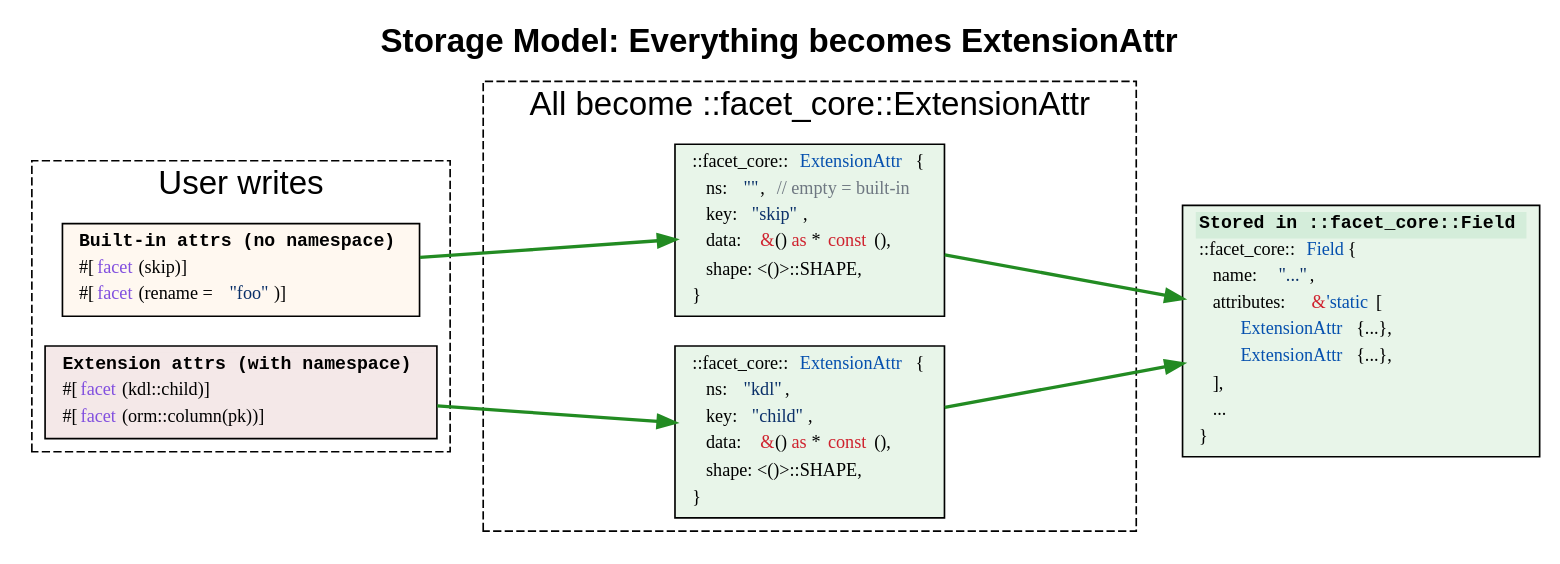
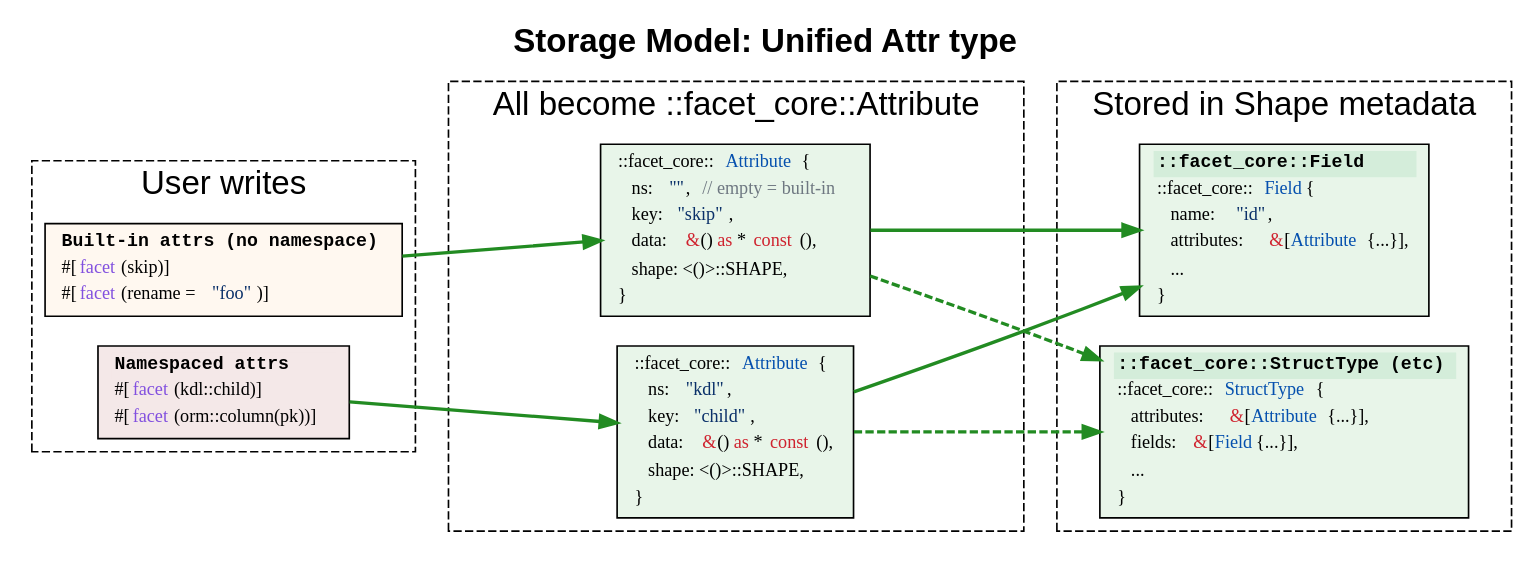
The diagram in drafts/diagrams/04-storage-model.dot (facet-rs/facet), drawn with Graphviz before and after one commit. The commit also changed 10 other files, not shown here.

```diff
--- a/drafts/diagrams/04-storage-model.dot
+++ b/drafts/diagrams/04-storage-model.dot
@@ -1,87 +1,103 @@
-// Storage Model: Everything becomes ExtensionAttr
+// Storage Model: Unified Attr type
 // Render: dot -Tsvg 04-storage-model.dot -o 04-storage-model.svg
 
 digraph storage_model {
-    label="Storage Model: Everything becomes ExtensionAttr";
+    label="Storage Model: Unified Attr type";
     labelloc="t";
     fontsize=20;
     fontname="Helvetica-Bold";
 
     node [shape=box, fontname="Monaco, Consolas, Courier", fontsize=11];
     edge [fontname="Helvetica", fontsize=10];
 
     rankdir=LR;
 
     // Input attributes
     subgraph cluster_input {
         label="User writes";
         fontname="Helvetica";
         style=dashed;
 
         builtin [label=<
 <table border="0" cellspacing="0" cellpadding="2">
 <tr><td align="left" bgcolor="#fff8f0"><b>Built-in attrs (no namespace)</b></td></tr>
 <tr><td align="left"><font face="Monaco">#[<font color="#8250df">facet</font>(skip)]</font></td></tr>
 <tr><td align="left"><font face="Monaco">#[<font color="#8250df">facet</font>(rename = <font color="#0a3069">"foo"</font>)]</font></td></tr>
 </table>
         >, style=filled, fillcolor="#fff8f0"];
 
         extension [label=<
 <table border="0" cellspacing="0" cellpadding="2">
-<tr><td align="left" bgcolor="#f4e8e8"><b>Extension attrs (with namespace)</b></td></tr>
+<tr><td align="left" bgcolor="#f4e8e8"><b>Namespaced attrs</b></td></tr>
 <tr><td align="left"><font face="Monaco">#[<font color="#8250df">facet</font>(kdl::child)]</font></td></tr>
 <tr><td align="left"><font face="Monaco">#[<font color="#8250df">facet</font>(orm::column(pk))]</font></td></tr>
 </table>
         >, style=filled, fillcolor="#f4e8e8"];
     }
 
     // Output
     subgraph cluster_output {
-        label="All become ::facet_core::ExtensionAttr";
+        label="All become ::facet_core::Attribute";
         fontname="Helvetica";
         style=dashed;
 
         ext1 [label=<
 <table border="0" cellspacing="0" cellpadding="2">
-<tr><td align="left"><font face="Monaco">::facet_core::<font color="#0550ae">ExtensionAttr</font> {</font></td></tr>
+<tr><td align="left"><font face="Monaco">::facet_core::<font color="#0550ae">Attribute</font> {</font></td></tr>
 <tr><td align="left"><font face="Monaco">    ns: <font color="#0a3069">""</font>,  <font color="#6e7781">// empty = built-in</font></font></td></tr>
 <tr><td align="left"><font face="Monaco">    key: <font color="#0a3069">"skip"</font>,</font></td></tr>
 <tr><td align="left"><font face="Monaco">    data: <font color="#cf222e">&amp;</font>() <font color="#cf222e">as</font> *<font color="#cf222e">const</font> (),</font></td></tr>
 <tr><td align="left"><font face="Monaco">    shape: &lt;()&gt;::SHAPE,</font></td></tr>
 <tr><td align="left"><font face="Monaco">}</font></td></tr>
 </table>
         >, style=filled, fillcolor="#e8f5e9"];
 
         ext2 [label=<
 <table border="0" cellspacing="0" cellpadding="2">
-<tr><td align="left"><font face="Monaco">::facet_core::<font color="#0550ae">ExtensionAttr</font> {</font></td></tr>
+<tr><td align="left"><font face="Monaco">::facet_core::<font color="#0550ae">Attribute</font> {</font></td></tr>
 <tr><td align="left"><font face="Monaco">    ns: <font color="#0a3069">"kdl"</font>,</font></td></tr>
 <tr><td align="left"><font face="Monaco">    key: <font color="#0a3069">"child"</font>,</font></td></tr>
 <tr><td align="left"><font face="Monaco">    data: <font color="#cf222e">&amp;</font>() <font color="#cf222e">as</font> *<font color="#cf222e">const</font> (),</font></td></tr>
 <tr><td align="left"><font face="Monaco">    shape: &lt;()&gt;::SHAPE,</font></td></tr>
 <tr><td align="left"><font face="Monaco">}</font></td></tr>
 </table>
         >, style=filled, fillcolor="#e8f5e9"];
     }
 
-    // Final storage
-    field [label=<
+    // Final storage - show both Field and container
+    subgraph cluster_storage {
+        label="Stored in Shape metadata";
+        fontname="Helvetica";
+        style=dashed;
+
+        field [label=<
 <table border="0" cellspacing="0" cellpadding="2">
-<tr><td align="left" bgcolor="#d4edda"><b>Stored in ::facet_core::Field</b></td></tr>
+<tr><td align="left" bgcolor="#d4edda"><b>::facet_core::Field</b></td></tr>
 <tr><td align="left"><font face="Monaco">::facet_core::<font color="#0550ae">Field</font> {</font></td></tr>
-<tr><td align="left"><font face="Monaco">    name: <font color="#0a3069">"..."</font>,</font></td></tr>
-<tr><td align="left"><font face="Monaco">    attributes: <font color="#cf222e">&amp;</font><font color="#0550ae">'static</font> [</font></td></tr>
-<tr><td align="left"><font face="Monaco">        <font color="#0550ae">ExtensionAttr</font> {...},</font></td></tr>
-<tr><td align="left"><font face="Monaco">        <font color="#0550ae">ExtensionAttr</font> {...},</font></td></tr>
-<tr><td align="left"><font face="Monaco">    ],</font></td></tr>
+<tr><td align="left"><font face="Monaco">    name: <font color="#0a3069">"id"</font>,</font></td></tr>
+<tr><td align="left"><font face="Monaco">    attributes: <font color="#cf222e">&amp;</font>[<font color="#0550ae">Attribute</font> {...}],</font></td></tr>
 <tr><td align="left"><font face="Monaco">    ...</font></td></tr>
 <tr><td align="left"><font face="Monaco">}</font></td></tr>
 </table>
-    >, style=filled, fillcolor="#e8f5e9"];
+        >, style=filled, fillcolor="#e8f5e9"];
+
+        container [label=<
+<table border="0" cellspacing="0" cellpadding="2">
+<tr><td align="left" bgcolor="#d4edda"><b>::facet_core::StructType (etc)</b></td></tr>
+<tr><td align="left"><font face="Monaco">::facet_core::<font color="#0550ae">StructType</font> {</font></td></tr>
+<tr><td align="left"><font face="Monaco">    attributes: <font color="#cf222e">&amp;</font>[<font color="#0550ae">Attribute</font> {...}],</font></td></tr>
+<tr><td align="left"><font face="Monaco">    fields: <font color="#cf222e">&amp;</font>[<font color="#0550ae">Field</font> {...}],</font></td></tr>
+<tr><td align="left"><font face="Monaco">    ...</font></td></tr>
+<tr><td align="left"><font face="Monaco">}</font></td></tr>
+</table>
+        >, style=filled, fillcolor="#e8f5e9"];
+    }
 
     // Edges
     builtin -> ext1 [color="#228b22", penwidth=2];
     extension -> ext2 [color="#228b22", penwidth=2];
     ext1 -> field [color="#228b22", penwidth=2];
+    ext1 -> container [color="#228b22", penwidth=2, style=dashed];
     ext2 -> field [color="#228b22", penwidth=2];
+    ext2 -> container [color="#228b22", penwidth=2, style=dashed];
 }
```
